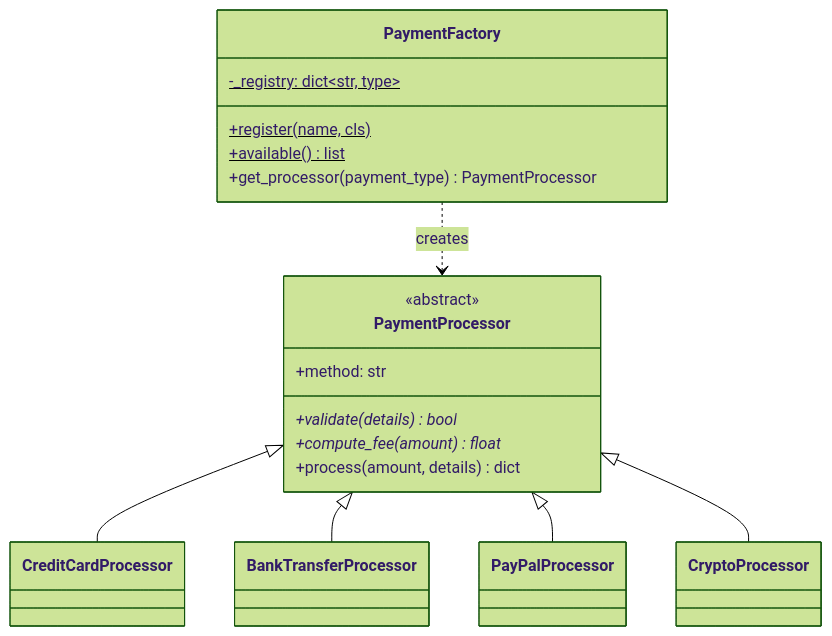
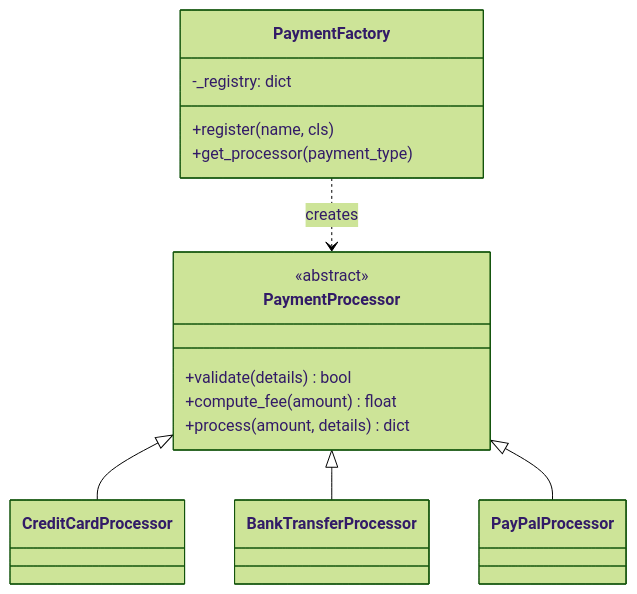
One commit to mathislepoutre1/oop-python-exercises changed the first of 7 diagrams in 05-design-patterns/README.md. Above: the diagram before and after it, drawn with Mermaid (forest theme). The commit also changed other lines of this file and 8 other files, not shown here.

````diff
--- a/05-design-patterns/README.md
+++ b/05-design-patterns/README.md
@@ -32,25 +21,21 @@
 ```mermaid
 classDiagram
     class PaymentProcessor {
         <<abstract>>
-        +method: str
-        +validate(details)* bool
-        +compute_fee(amount)* float
+        +validate(details) bool
+        +compute_fee(amount) float
         +process(amount, details) dict
     }
     class CreditCardProcessor
     class BankTransferProcessor
     class PayPalProcessor
-    class CryptoProcessor
     class PaymentFactory {
-        -_registry: dict~str, type~$
-        +register(name, cls)$
-        +available()$ list
-        +get_processor(payment_type) PaymentProcessor
+        -_registry: dict
+        +register(name, cls)
+        +get_processor(payment_type)
     }
     PaymentProcessor <|-- CreditCardProcessor
     PaymentProcessor <|-- BankTransferProcessor
     PaymentProcessor <|-- PayPalProcessor
-    PaymentProcessor <|-- CryptoProcessor
     PaymentFactory ..> PaymentProcessor : creates
 ```
````
